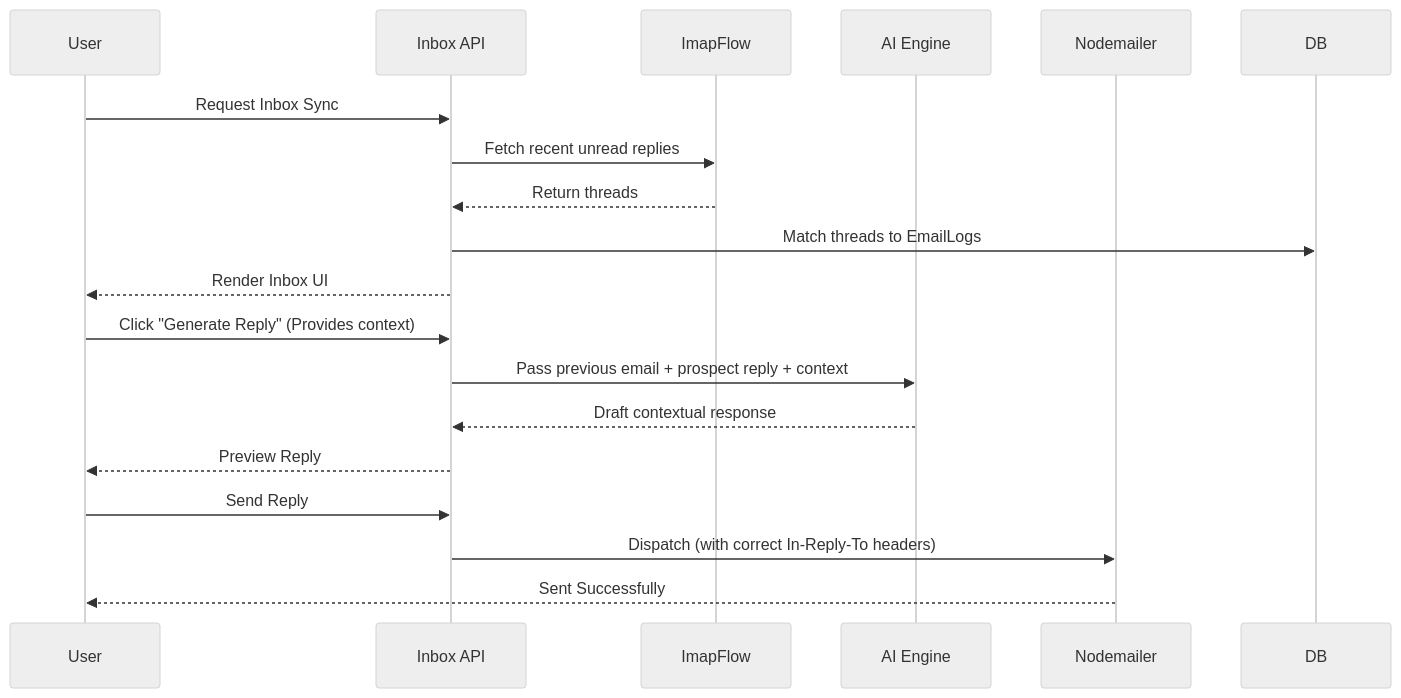
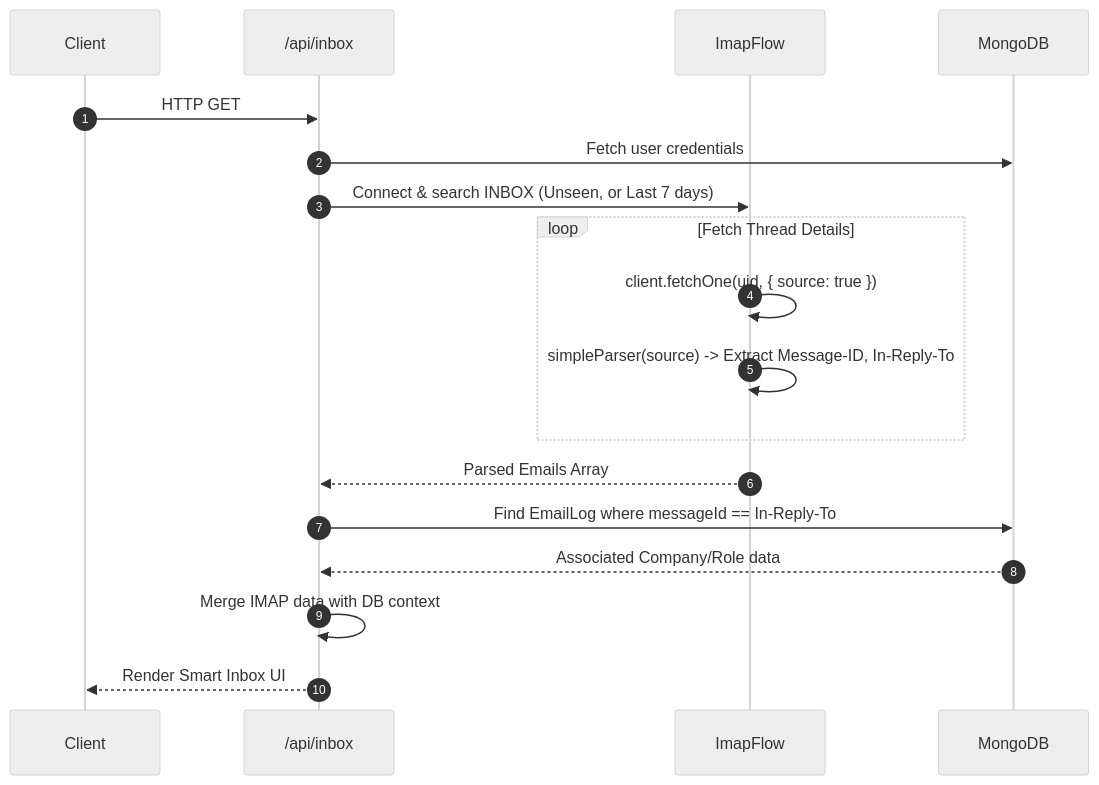
One commit to VarunSingh19/pitchr changed the fourth of 4 diagrams in README.md. Above: the diagram before and after it, drawn with Mermaid (neutral theme). The commit also changed other lines of this file and 2 other files, not shown here.

````diff
--- a/README.md
+++ b/README.md
@@ -114,23 +171,25 @@
 ```mermaid
 sequenceDiagram
-    participant User
-    participant NextJS as Inbox API
+    autonumber
+    participant Client
+    participant InboxAPI as /api/inbox
     participant IMAP as ImapFlow
-    participant LLM as AI Engine
-    participant SMTP as Nodemailer
+    participant DB as MongoDB
 
-    User->>NextJS: Request Inbox Sync
-    NextJS->>IMAP: Fetch recent unread replies
-    IMAP-->>NextJS: Return threads
-    NextJS->>DB: Match threads to EmailLogs
-    NextJS-->>User: Render Inbox UI
+    Client->>InboxAPI: HTTP GET
+    InboxAPI->>DB: Fetch user credentials
+    InboxAPI->>IMAP: Connect & search INBOX (Unseen, or Last 7 days)
     
-    User->>NextJS: Click "Generate Reply" (Provides context)
-    NextJS->>LLM: Pass previous email + prospect reply + context
-    LLM-->>NextJS: Draft contextual response
-    NextJS-->>User: Preview Reply
+    loop Fetch Thread Details
+        IMAP->>IMAP: client.fetchOne(uid, { source: true })
+        IMAP->>IMAP: simpleParser(source) -> Extract Message-ID, In-Reply-To
+    end
     
-    User->>NextJS: Send Reply
-    NextJS->>SMTP: Dispatch (with correct In-Reply-To headers)
-    SMTP-->>User: Sent Successfully
+    IMAP-->>InboxAPI: Parsed Emails Array
+    
+    InboxAPI->>DB: Find EmailLog where messageId == In-Reply-To
+    DB-->>InboxAPI: Associated Company/Role data
+    
+    InboxAPI->>InboxAPI: Merge IMAP data with DB context
+    InboxAPI-->>Client: Render Smart Inbox UI
 ```
````
